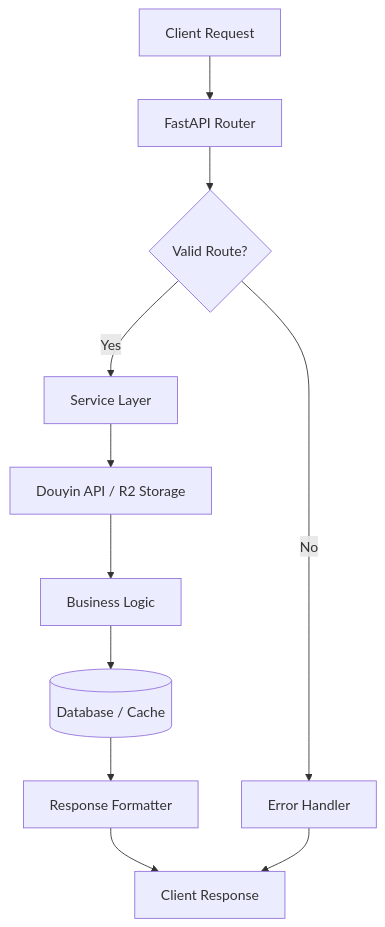
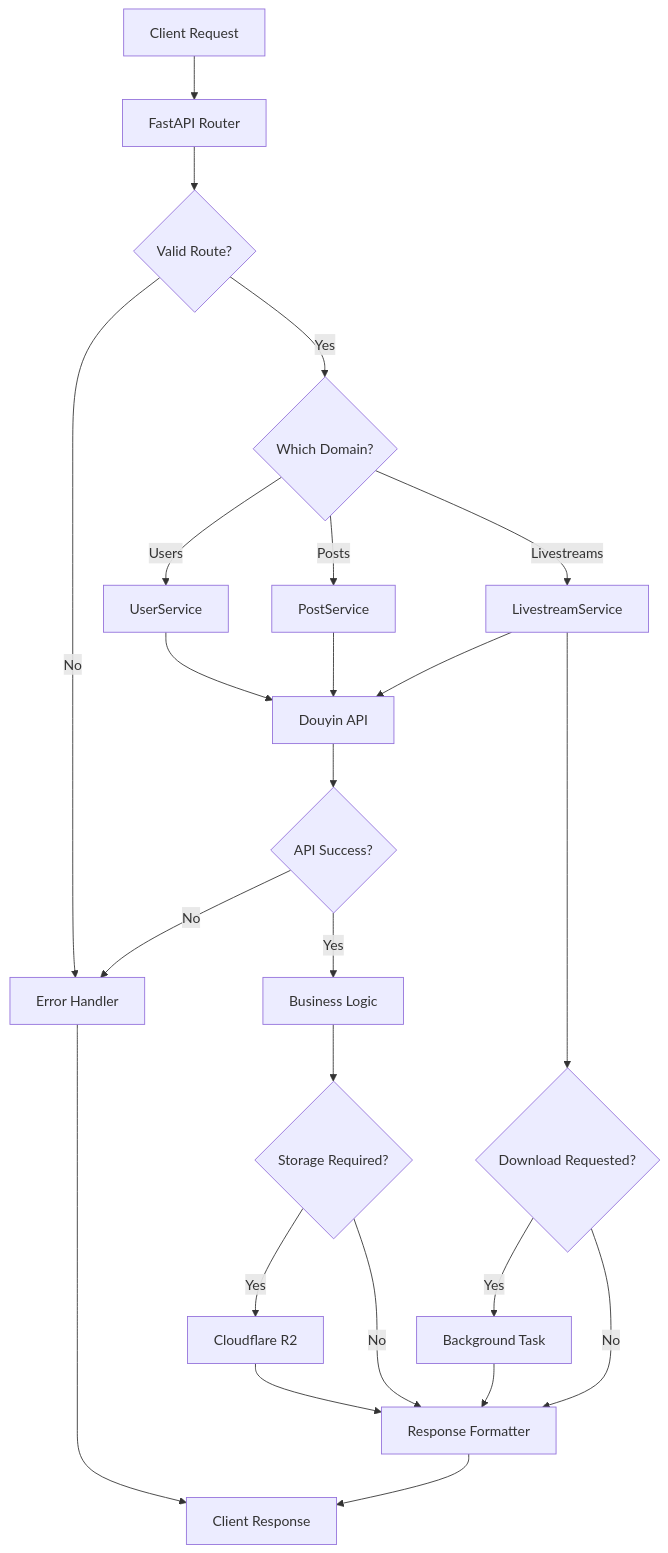
The diagram in docs/architecture/flowchart.md (memenow/dyvine), drawn with Mermaid before and after one commit. The commit also changed other lines of this file and 21 other files, not shown here.

````diff
--- a/docs/architecture/flowchart.md
+++ b/docs/architecture/flowchart.md
@@ -11,13 +11,32 @@
 ```mermaid
 flowchart TD
     A[Client Request] --> B[FastAPI Router]
     B --> C{Valid Route?}
-    C -->|Yes| D[Service Layer]
     C -->|No| E[Error Handler]
-    D --> F[Douyin API / R2 Storage]
-    F --> G[Business Logic]
-    G --> H[(Database / Cache)]
-    H --> I[Response Formatter]
+    C -->|Yes| D{Which Domain?}
+
+    D -->|Users| U[UserService]
+    D -->|Posts| P[PostService]
+    D -->|Livestreams| L[LivestreamService]
+
+    U --> F[Douyin API]
+    P --> F
+    L --> F
+
+    F --> G{API Success?}
+    G -->|No| E
+    G -->|Yes| H[Business Logic]
+
+    H --> S{Storage Required?}
+    S -->|Yes| R[Cloudflare R2]
+    S -->|No| I[Response Formatter]
+    R --> I
+
+    L --> LD{Download Requested?}
+    LD -->|Yes| BG[Background Task]
+    LD -->|No| I
+    BG --> I
+
     I --> J[Client Response]
     E --> J
 ```
````
